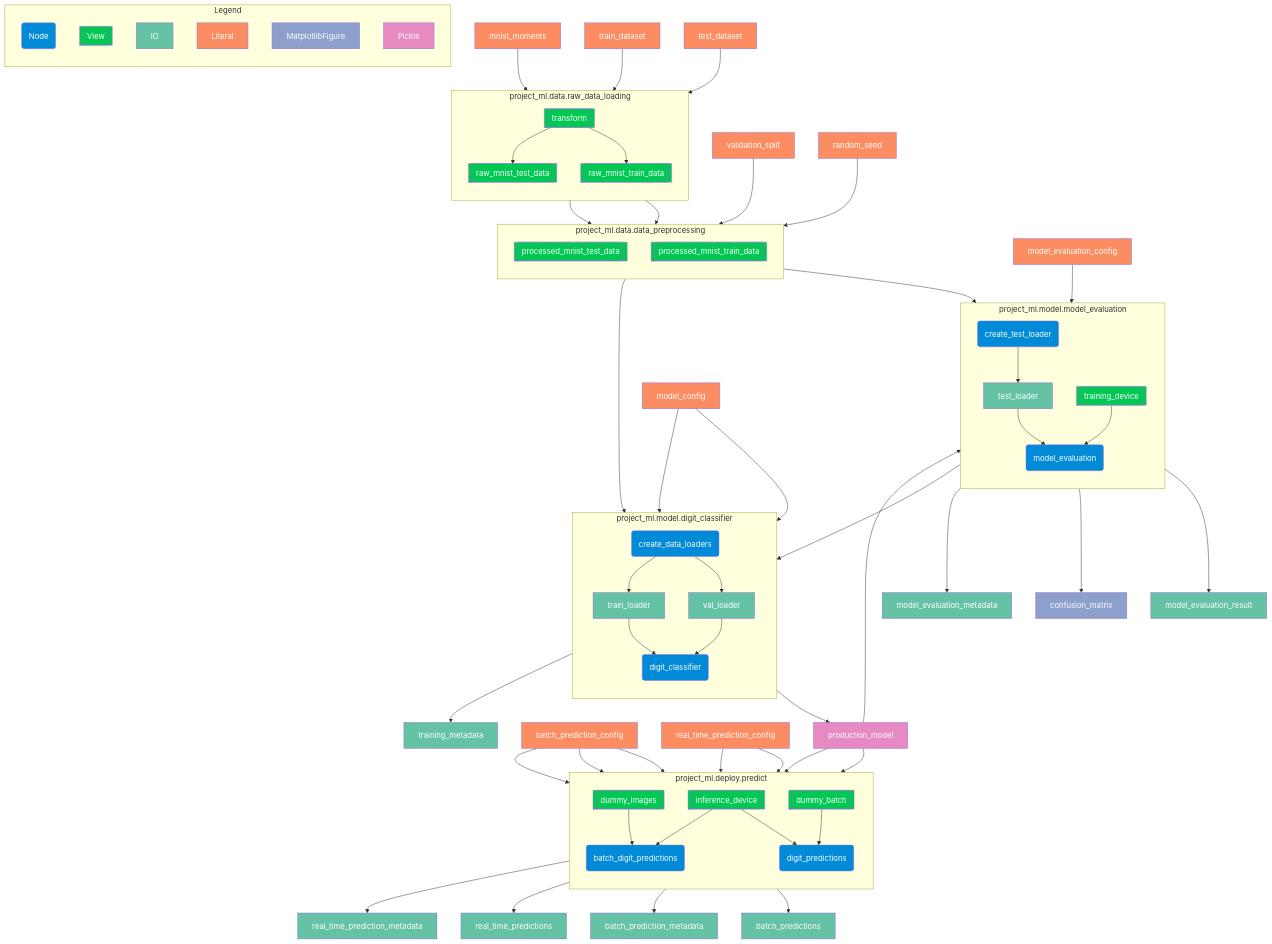
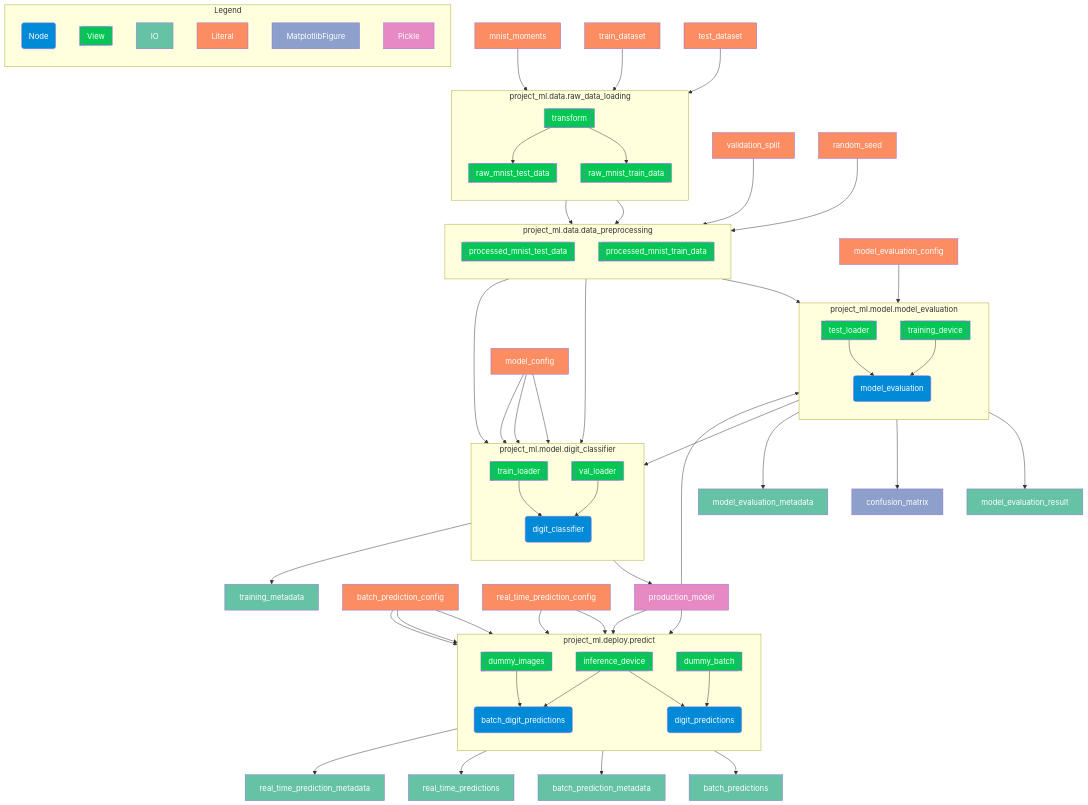
The diagram in examples/project-ml/pipeline_diagram.mermaid (ing-bank/ordeq), drawn with Mermaid before and after one commit. The commit also changed 3 other files, not shown here.

```diff
--- a/examples/project-ml/pipeline_diagram.mermaid
+++ b/examples/project-ml/pipeline_diagram.mermaid
@@ -1,120 +1,117 @@
 graph TB
 	subgraph legend["Legend"]
 		direction TB
 		L0@{shape: rounded, label: "Node"}
 		L2@{shape: subroutine, label: "View"}
 		L00@{shape: rect, label: "IO"}
 		L01@{shape: rect, label: "Literal"}
 		L02@{shape: rect, label: "MatplotlibFigure"}
 		L03@{shape: rect, label: "Pickle"}
 	end
 
 	project_ml.data.raw_data_loading:raw_mnist_test_data --> project_ml.data.data_preprocessing:processed_mnist_test_data
 	project_ml.data.raw_data_loading:raw_mnist_train_data --> project_ml.data.data_preprocessing:processed_mnist_train_data
 	IO0 --> project_ml.data.data_preprocessing:processed_mnist_train_data
 	IO1 --> project_ml.data.data_preprocessing:processed_mnist_train_data
 	IO2 --> project_ml.data.raw_data_loading:raw_mnist_test_data
 	project_ml.data.raw_data_loading:transform --> project_ml.data.raw_data_loading:raw_mnist_test_data
 	IO3 --> project_ml.data.raw_data_loading:raw_mnist_train_data
 	project_ml.data.raw_data_loading:transform --> project_ml.data.raw_data_loading:raw_mnist_train_data
 	IO4 --> project_ml.data.raw_data_loading:transform
 	project_ml.deploy.predict:dummy_images --> project_ml.deploy.predict:batch_digit_predictions
 	IO5 --> project_ml.deploy.predict:batch_digit_predictions
 	IO6 --> project_ml.deploy.predict:batch_digit_predictions
 	project_ml.deploy.predict:inference_device --> project_ml.deploy.predict:batch_digit_predictions
 	project_ml.deploy.predict:batch_digit_predictions --> IO7
 	project_ml.deploy.predict:batch_digit_predictions --> IO8
 	project_ml.deploy.predict:dummy_batch --> project_ml.deploy.predict:digit_predictions
 	IO5 --> project_ml.deploy.predict:digit_predictions
 	IO9 --> project_ml.deploy.predict:digit_predictions
 	project_ml.deploy.predict:inference_device --> project_ml.deploy.predict:digit_predictions
 	project_ml.deploy.predict:digit_predictions --> IO10
 	project_ml.deploy.predict:digit_predictions --> IO11
 	IO9 --> project_ml.deploy.predict:dummy_batch
 	IO6 --> project_ml.deploy.predict:dummy_images
 	IO6 --> project_ml.deploy.predict:inference_device
-	project_ml.data.data_preprocessing:processed_mnist_train_data --> project_ml.model.digit_classifier:create_data_loaders
-	IO12 --> project_ml.model.digit_classifier:create_data_loaders
-	project_ml.model.digit_classifier:create_data_loaders --> IO13
-	project_ml.model.digit_classifier:create_data_loaders --> IO14
-	IO13 --> project_ml.model.digit_classifier:digit_classifier
-	IO14 --> project_ml.model.digit_classifier:digit_classifier
+	project_ml.model.digit_classifier:train_loader --> project_ml.model.digit_classifier:digit_classifier
+	project_ml.model.digit_classifier:val_loader --> project_ml.model.digit_classifier:digit_classifier
 	IO12 --> project_ml.model.digit_classifier:digit_classifier
 	project_ml.model.model_evaluation:training_device --> project_ml.model.digit_classifier:digit_classifier
 	project_ml.model.digit_classifier:digit_classifier --> IO5
-	project_ml.model.digit_classifier:digit_classifier --> IO15
-	project_ml.data.data_preprocessing:processed_mnist_test_data --> project_ml.model.model_evaluation:create_test_loader
-	IO16 --> project_ml.model.model_evaluation:create_test_loader
-	project_ml.model.model_evaluation:create_test_loader --> IO17
+	project_ml.model.digit_classifier:digit_classifier --> IO13
+	project_ml.data.data_preprocessing:processed_mnist_train_data --> project_ml.model.digit_classifier:train_loader
+	IO12 --> project_ml.model.digit_classifier:train_loader
+	project_ml.data.data_preprocessing:processed_mnist_train_data --> project_ml.model.digit_classifier:val_loader
+	IO12 --> project_ml.model.digit_classifier:val_loader
 	IO5 --> project_ml.model.model_evaluation:model_evaluation
-	IO17 --> project_ml.model.model_evaluation:model_evaluation
+	project_ml.model.model_evaluation:test_loader --> project_ml.model.model_evaluation:model_evaluation
 	project_ml.model.model_evaluation:training_device --> project_ml.model.model_evaluation:model_evaluation
-	project_ml.model.model_evaluation:model_evaluation --> IO18
-	project_ml.model.model_evaluation:model_evaluation --> IO19
-	project_ml.model.model_evaluation:model_evaluation --> IO20
+	project_ml.model.model_evaluation:model_evaluation --> IO14
+	project_ml.model.model_evaluation:model_evaluation --> IO15
+	project_ml.model.model_evaluation:model_evaluation --> IO16
+	project_ml.data.data_preprocessing:processed_mnist_test_data --> project_ml.model.model_evaluation:test_loader
+	IO17 --> project_ml.model.model_evaluation:test_loader
 
 	subgraph s0["project_ml.data.data_preprocessing"]
 		direction TB
 		project_ml.data.data_preprocessing:processed_mnist_test_data@{shape: subroutine, label: "processed_mnist_test_data"}
 		project_ml.data.data_preprocessing:processed_mnist_train_data@{shape: subroutine, label: "processed_mnist_train_data"}
 	end
 	subgraph s1["project_ml.data.raw_data_loading"]
 		direction TB
 		project_ml.data.raw_data_loading:raw_mnist_test_data@{shape: subroutine, label: "raw_mnist_test_data"}
 		project_ml.data.raw_data_loading:raw_mnist_train_data@{shape: subroutine, label: "raw_mnist_train_data"}
 		project_ml.data.raw_data_loading:transform@{shape: subroutine, label: "transform"}
 	end
 	subgraph s2["project_ml.deploy.predict"]
 		direction TB
 		project_ml.deploy.predict:batch_digit_predictions@{shape: rounded, label: "batch_digit_predictions"}
 		project_ml.deploy.predict:digit_predictions@{shape: rounded, label: "digit_predictions"}
 		project_ml.deploy.predict:dummy_batch@{shape: subroutine, label: "dummy_batch"}
 		project_ml.deploy.predict:dummy_images@{shape: subroutine, label: "dummy_images"}
 		project_ml.deploy.predict:inference_device@{shape: subroutine, label: "inference_device"}
 	end
 	subgraph s3["project_ml.model.digit_classifier"]
 		direction TB
-		project_ml.model.digit_classifier:create_data_loaders@{shape: rounded, label: "create_data_loaders"}
 		project_ml.model.digit_classifier:digit_classifier@{shape: rounded, label: "digit_classifier"}
-		IO13@{shape: rect, label: "train_loader"}
-		IO14@{shape: rect, label: "val_loader"}
+		project_ml.model.digit_classifier:train_loader@{shape: subroutine, label: "train_loader"}
+		project_ml.model.digit_classifier:val_loader@{shape: subroutine, label: "val_loader"}
 	end
 	subgraph s4["project_ml.model.model_evaluation"]
 		direction TB
-		project_ml.model.model_evaluation:create_test_loader@{shape: rounded, label: "create_test_loader"}
 		project_ml.model.model_evaluation:model_evaluation@{shape: rounded, label: "model_evaluation"}
+		project_ml.model.model_evaluation:test_loader@{shape: subroutine, label: "test_loader"}
 		project_ml.model.model_evaluation:training_device@{shape: subroutine, label: "training_device"}
-		IO17@{shape: rect, label: "test_loader"}
 	end
 	IO0@{shape: rect, label: "validation_split"}
 	IO1@{shape: rect, label: "random_seed"}
 	IO10@{shape: rect, label: "real_time_predictions"}
 	IO11@{shape: rect, label: "real_time_prediction_metadata"}
 	IO12@{shape: rect, label: "model_config"}
-	IO15@{shape: rect, label: "training_metadata"}
-	IO16@{shape: rect, label: "model_evaluation_config"}
-	IO18@{shape: rect, label: "model_evaluation_result"}
-	IO19@{shape: rect, label: "confusion_matrix"}
+	IO13@{shape: rect, label: "training_metadata"}
+	IO14@{shape: rect, label: "model_evaluation_result"}
+	IO15@{shape: rect, label: "confusion_matrix"}
+	IO16@{shape: rect, label: "model_evaluation_metadata"}
+	IO17@{shape: rect, label: "model_evaluation_config"}
 	IO2@{shape: rect, label: "test_dataset"}
-	IO20@{shape: rect, label: "model_evaluation_metadata"}
 	IO3@{shape: rect, label: "train_dataset"}
 	IO4@{shape: rect, label: "mnist_moments"}
 	IO5@{shape: rect, label: "production_model"}
 	IO6@{shape: rect, label: "batch_prediction_config"}
 	IO7@{shape: rect, label: "batch_predictions"}
 	IO8@{shape: rect, label: "batch_prediction_metadata"}
 	IO9@{shape: rect, label: "real_time_prediction_config"}
 
-	class L0,project_ml.deploy.predict:batch_digit_predictions,project_ml.deploy.predict:digit_predictions,project_ml.model.digit_classifier:create_data_loaders,project_ml.model.digit_classifier:digit_classifier,project_ml.model.model_evaluation:create_test_loader,project_ml.model.model_evaluation:model_evaluation node
-	class L2,project_ml.data.data_preprocessing:processed_mnist_test_data,project_ml.data.data_preprocessing:processed_mnist_train_data,project_ml.data.raw_data_loading:raw_mnist_test_data,project_ml.data.raw_data_loading:raw_mnist_train_data,project_ml.data.raw_data_loading:transform,project_ml.deploy.predict:dummy_batch,project_ml.deploy.predict:dummy_images,project_ml.deploy.predict:inference_device,project_ml.model.model_evaluation:training_device view
-	class L00,IO13,IO14,IO17,IO10,IO11,IO15,IO18,IO20,IO7,IO8 io0
-	class L01,IO0,IO1,IO12,IO16,IO2,IO3,IO4,IO6,IO9 io1
-	class L02,IO19 io2
+	class L0,project_ml.deploy.predict:batch_digit_predictions,project_ml.deploy.predict:digit_predictions,project_ml.model.digit_classifier:digit_classifier,project_ml.model.model_evaluation:model_evaluation node
+	class L2,project_ml.data.data_preprocessing:processed_mnist_test_data,project_ml.data.data_preprocessing:processed_mnist_train_data,project_ml.data.raw_data_loading:raw_mnist_test_data,project_ml.data.raw_data_loading:raw_mnist_train_data,project_ml.data.raw_data_loading:transform,project_ml.deploy.predict:dummy_batch,project_ml.deploy.predict:dummy_images,project_ml.deploy.predict:inference_device,project_ml.model.digit_classifier:train_loader,project_ml.model.digit_classifier:val_loader,project_ml.model.model_evaluation:test_loader,project_ml.model.model_evaluation:training_device view
+	class L00,IO10,IO11,IO13,IO14,IO16,IO7,IO8 io0
+	class L01,IO0,IO1,IO12,IO17,IO2,IO3,IO4,IO6,IO9 io1
+	class L02,IO15 io2
 	class L03,IO5 io3
 	classDef node fill:#008AD7,color:#FFF
 	classDef io fill:#FFD43B
 	classDef view fill:#00C853,color:#FFF
 	classDef io0 fill:#66c2a5
 	classDef io1 fill:#fc8d62
 	classDef io2 fill:#8da0cb
 	classDef io3 fill:#e78ac3
```
